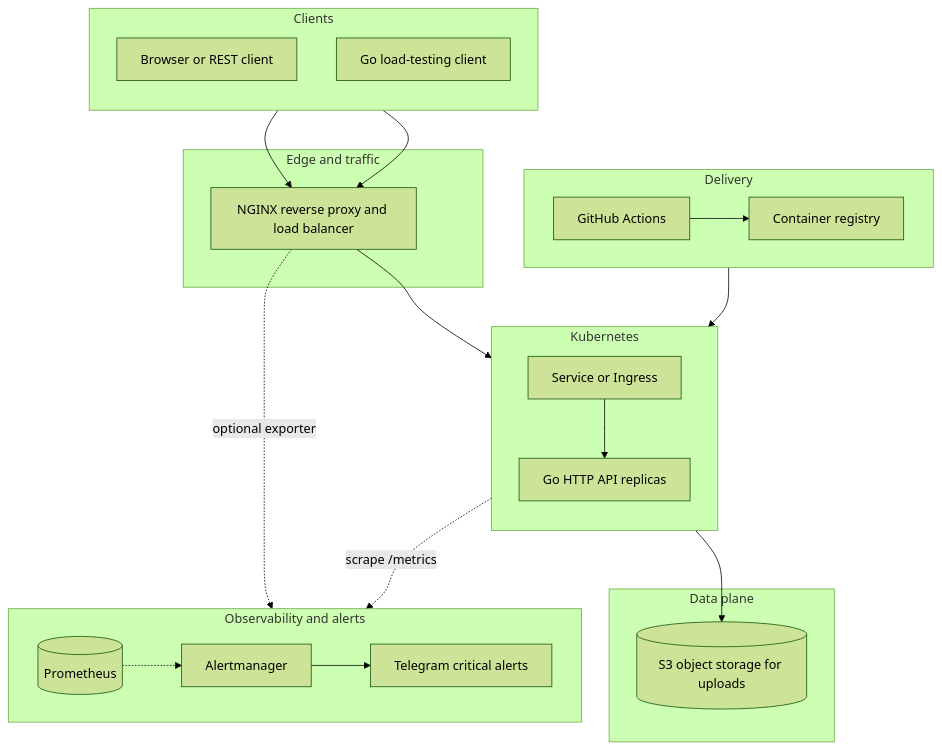
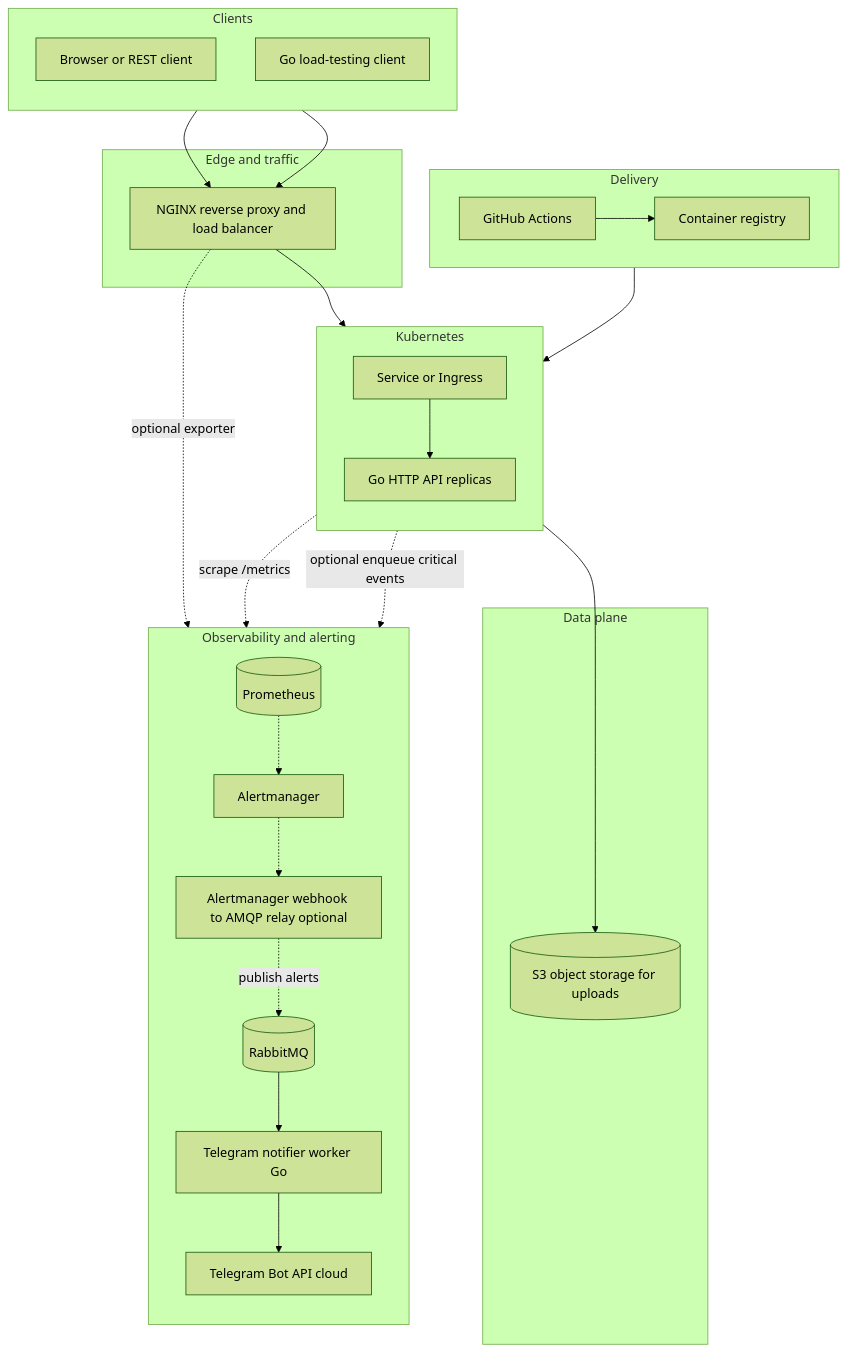
The first of 5 diagrams in README.md (SNA-TEAM-43/Final-Project), drawn with Mermaid (forest theme) before and after one commit. The commit also changed other lines of this file and 9 other files, not shown here.

````diff
--- a/README.md
+++ b/README.md
@@ -103,48 +111,54 @@
 ```mermaid
 flowchart TB
   subgraph clients[Clients]
     direction TB
     Browser[Browser or REST client]
     LoadClient[Go load-testing client]
   end
 
   subgraph edge[Edge and traffic]
     Nginx[NGINX reverse proxy and load balancer]
   end
 
   subgraph cluster[Kubernetes]
     direction TB
     Svc[Service or Ingress]
     Pods[Go HTTP API replicas]
   end
 
   subgraph data[Data plane]
     S3[(S3 object storage for uploads)]
   end
 
-  subgraph observe[Observability and alerts]
-    direction LR
+  subgraph observe[Observability and alerting]
+    direction TB
     Prom[(Prometheus)]
     AM[Alertmanager]
-    TG[Telegram critical alerts]
+    Relay[Alertmanager webhook to AMQP relay optional]
+    RMQ[(RabbitMQ)]
+    TWorker[Telegram notifier worker Go]
+    TgApi[Telegram Bot API cloud]
   end
 
   subgraph delivery[Delivery]
     direction LR
     GHA[GitHub Actions]
     Registry[Container registry]
   end
 
   Browser --> Nginx
   LoadClient --> Nginx
   Nginx --> Svc --> Pods
   Pods --> S3
 
   GHA --> Registry
   Registry --> Pods
 
   Pods -.->|scrape /metrics| Prom
   Nginx -.->|optional exporter| Prom
   Prom -.-> AM
-  AM --> TG
+  AM -.-> Relay
+  Relay -.->|publish alerts| RMQ
+  Pods -.->|optional enqueue critical events| RMQ
+  RMQ --> TWorker --> TgApi
 ```
````
